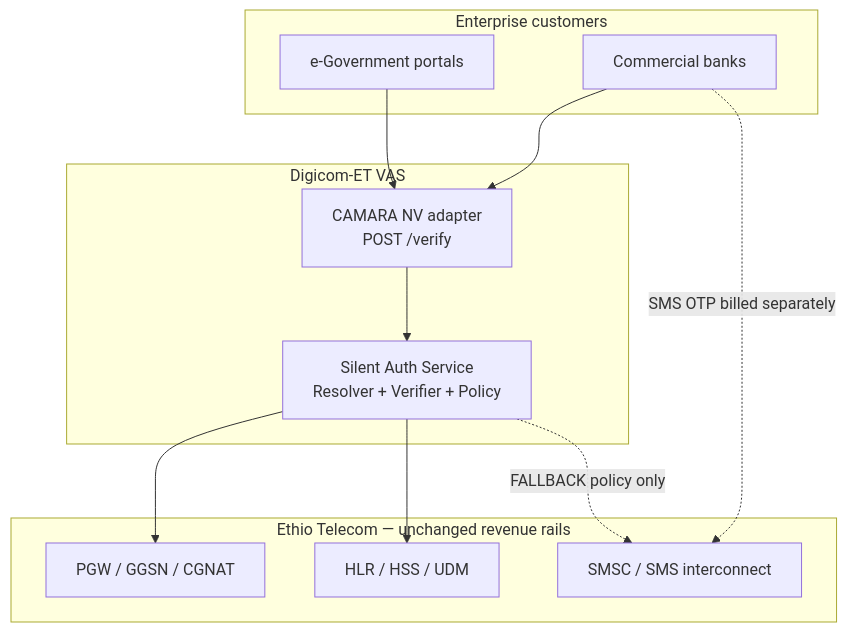
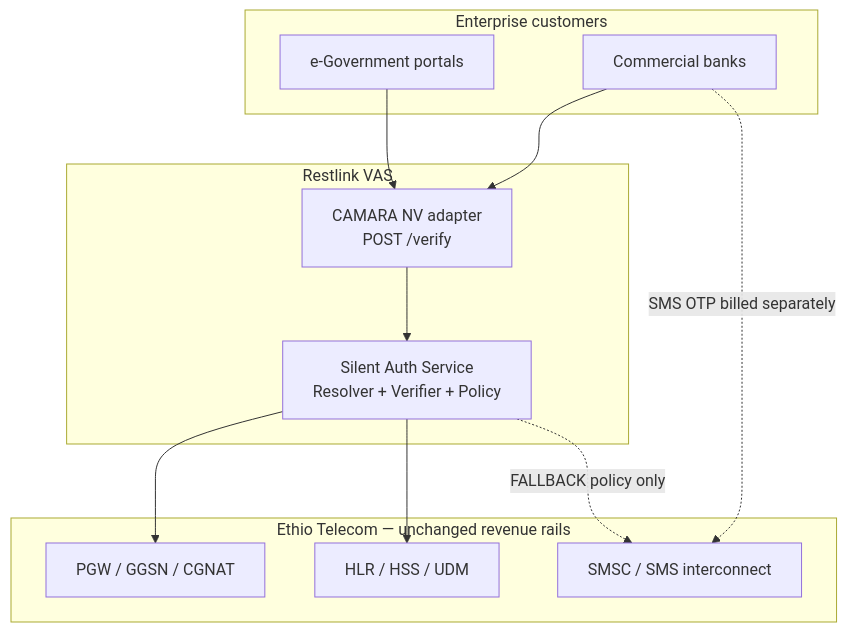
The diagram in proposal/chapters/10_commercial_model.md (nhanth87/silent-authentication), drawn with Mermaid before and after one commit. The commit also changed other lines of this file and 27 other files, not shown here.

````diff
--- a/proposal/chapters/10_commercial_model.md
+++ b/proposal/chapters/10_commercial_model.md
@@ -37,23 +37,23 @@
 ```mermaid
 flowchart TB
     subgraph enterprise [Enterprise customers]
         GOV[e-Government portals]
         BANK[Commercial banks]
     end
-    subgraph digicom [Digicom-ET VAS]
+    subgraph restlink [Restlink VAS]
         SAS[Silent Auth Service<br/>Resolver + Verifier + Policy]
         API[CAMARA NV adapter<br/>POST /verify]
     end
     subgraph ethio [Ethio Telecom — unchanged revenue rails]
         PGW[PGW / GGSN / CGNAT]
         HSS[HLR / HSS / UDM]
         SMSC[SMSC / SMS interconnect]
     end
     GOV --> API
     BANK --> API
     API --> SAS
     SAS --> PGW
     SAS --> HSS
     SAS -.->|FALLBACK policy only| SMSC
     BANK -.->|SMS OTP billed separately| SMSC
 ```
````
